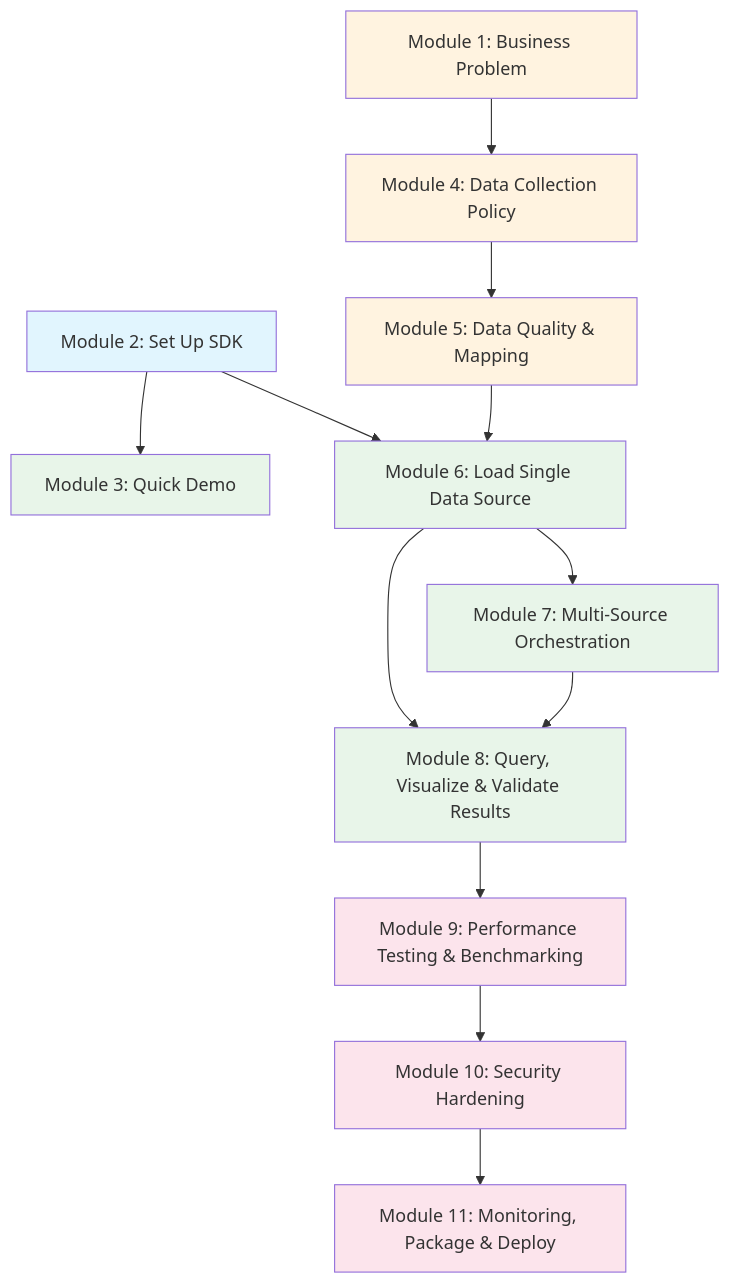
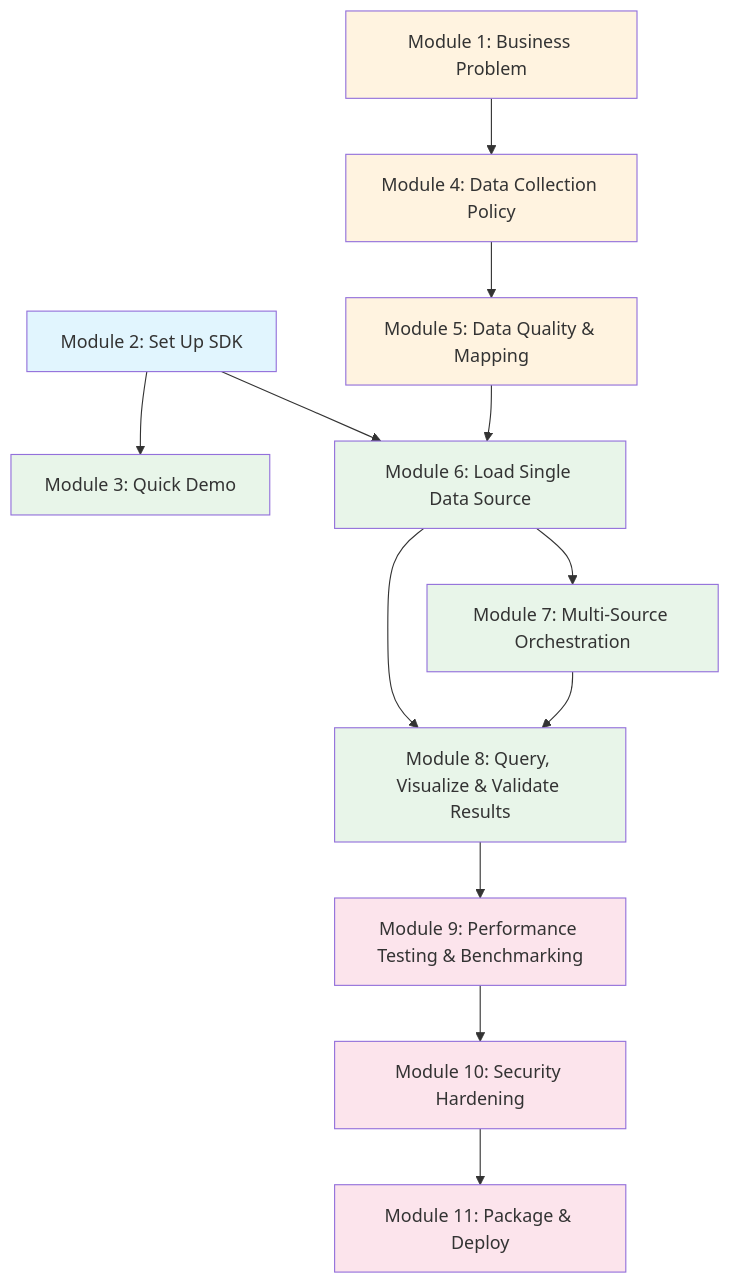
One commit to docktermj/senzing-bootcamp-kiro-powers changed the diagram in senzing-bootcamp/docs/diagrams/module-prerequisites.md. Above: the diagram before and after it, drawn with Mermaid. The commit also changed 96 other files, not shown here.

````diff
--- a/senzing-bootcamp/docs/diagrams/module-prerequisites.md
+++ b/senzing-bootcamp/docs/diagrams/module-prerequisites.md
@@ -5,29 +5,29 @@
 ```mermaid
 graph TD
     M2[Module 2: Set Up SDK] --> M3[Module 3: Quick Demo]
     M2 --> M6[Module 6: Load Single Data Source]
 
     M1[Module 1: Business Problem] --> M4[Module 4: Data Collection Policy]
     M4 --> M5[Module 5: Data Quality & Mapping]
     M5 --> M6
 
     M6 --> M7[Module 7: Multi-Source Orchestration]
     M6 --> M8[Module 8: Query, Visualize & Validate Results]
     M7 --> M8
 
     M8 --> M9[Module 9: Performance Testing & Benchmarking]
     M9 --> M10[Module 10: Security Hardening]
-    M10 --> M11[Module 11: Monitoring, Package & Deploy]
+    M10 --> M11[Module 11: Package & Deploy]
 
     style M1 fill:#fff3e0
     style M2 fill:#e1f5fe
     style M3 fill:#e8f5e9
     style M4 fill:#fff3e0
     style M5 fill:#fff3e0
     style M6 fill:#e8f5e9
     style M7 fill:#e8f5e9
     style M8 fill:#e8f5e9
     style M9 fill:#fce4ec
     style M10 fill:#fce4ec
     style M11 fill:#fce4ec
 ```
````
